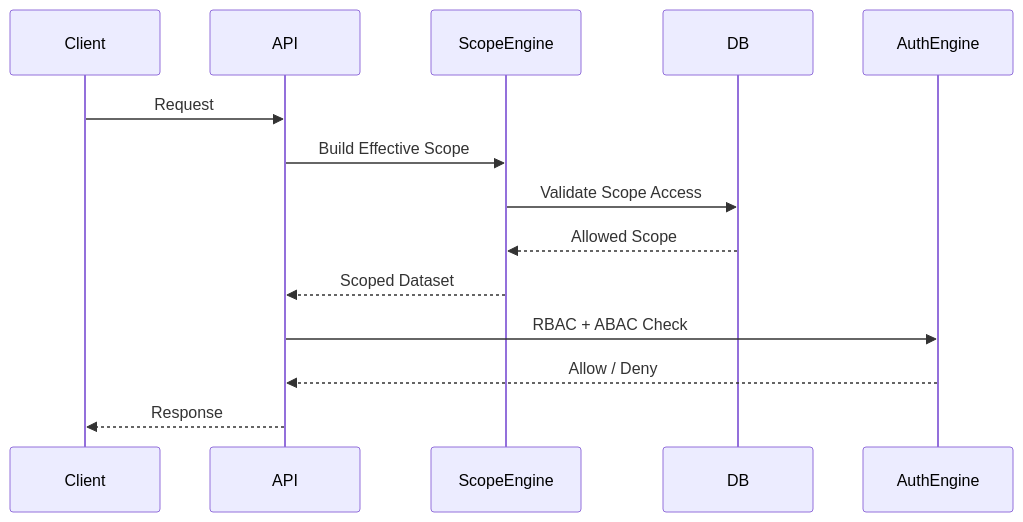
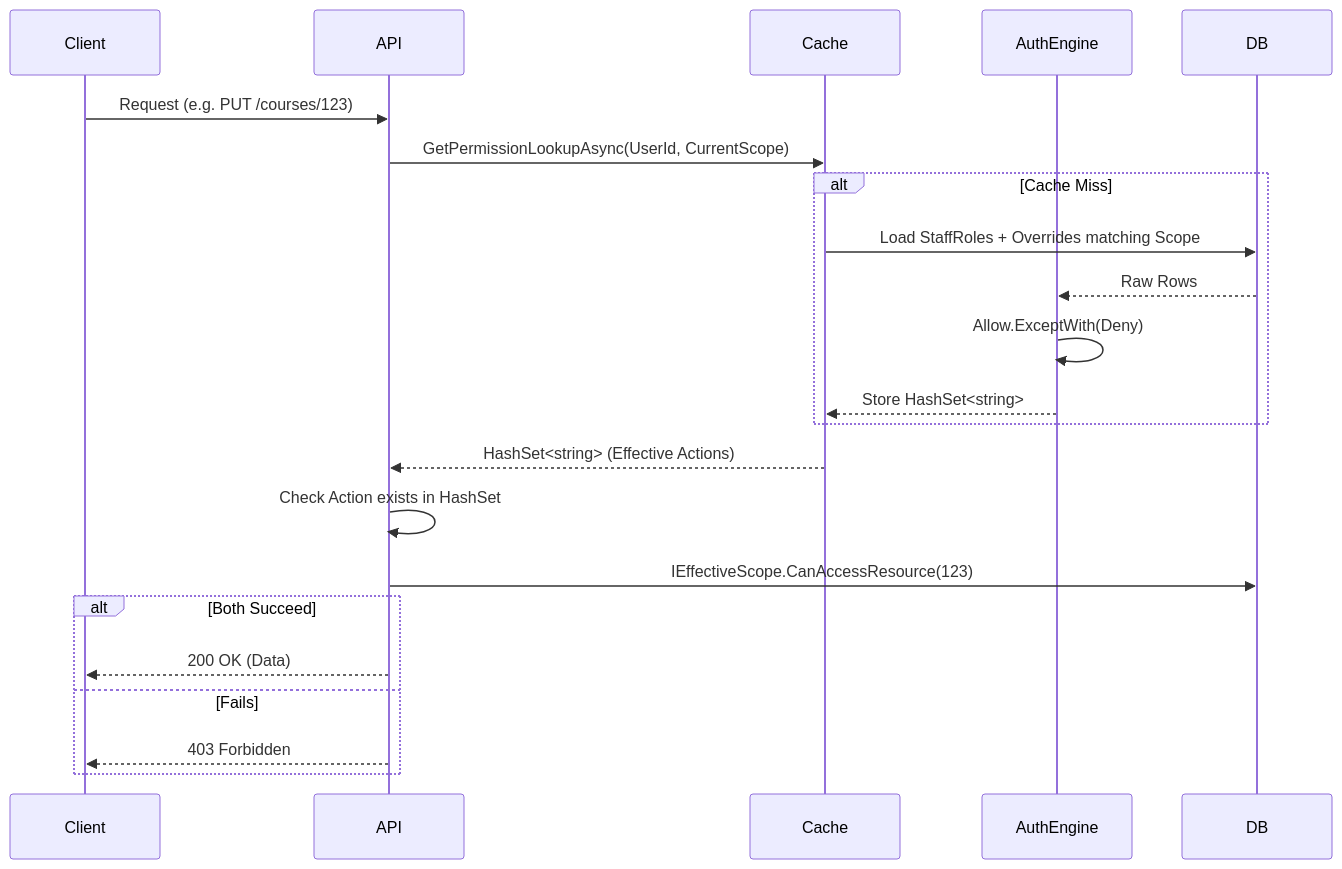
Before and after one commit to ziad-aladawy-dev/capu-portal: the diagram in docs/Authorization_Model.md, drawn with Mermaid. The commit also changed other lines of this file and 48 other files, not shown here.

First line of the commit message:
feat(auth): implement user permission tree and sparse overrides

````diff
--- a/docs/Authorization_Model.md
+++ b/docs/Authorization_Model.md
@@ -236,21 +103,28 @@
 ```mermaid
 sequenceDiagram
     participant Client
     participant API
-    participant ScopeEngine
+    participant Cache
+    participant AuthEngine
     participant DB
-    participant AuthEngine
 
-    Client->>API: Request
+    Client->>API: Request (e.g. PUT /courses/123)
 
-    API->>ScopeEngine: Build Effective Scope
-    ScopeEngine->>DB: Validate Scope Access
-    DB-->>ScopeEngine: Allowed Scope
+    API->>Cache: GetPermissionLookupAsync(UserId, CurrentScope)
+    alt Cache Miss
+        Cache->>DB: Load StaffRoles + Overrides matching Scope
+        DB-->>AuthEngine: Raw Rows
+        AuthEngine->>AuthEngine: Allow.ExceptWith(Deny)
+        AuthEngine-->>Cache: Store HashSet<string>
+    end
+    Cache-->>API: HashSet<string> (Effective Actions)
 
-    ScopeEngine-->>API: Scoped Dataset
-
-    API->>AuthEngine: RBAC + ABAC Check
-    AuthEngine-->>API: Allow / Deny
-
-    API-->>Client: Response
+    API->>API: Check Action exists in HashSet
+    API->>DB: IEffectiveScope.CanAccessResource(123)
+    
+    alt Both Succeed
+        API-->>Client: 200 OK (Data)
+    else Fails
+        API-->>Client: 403 Forbidden
+    end
 ```
````
